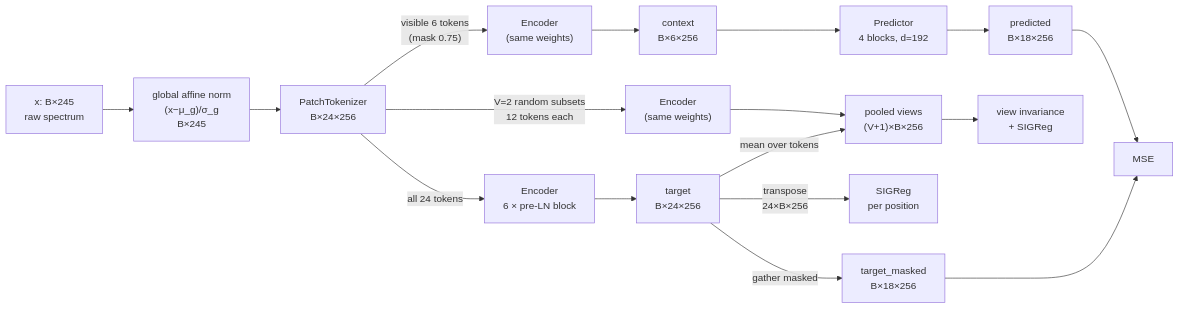
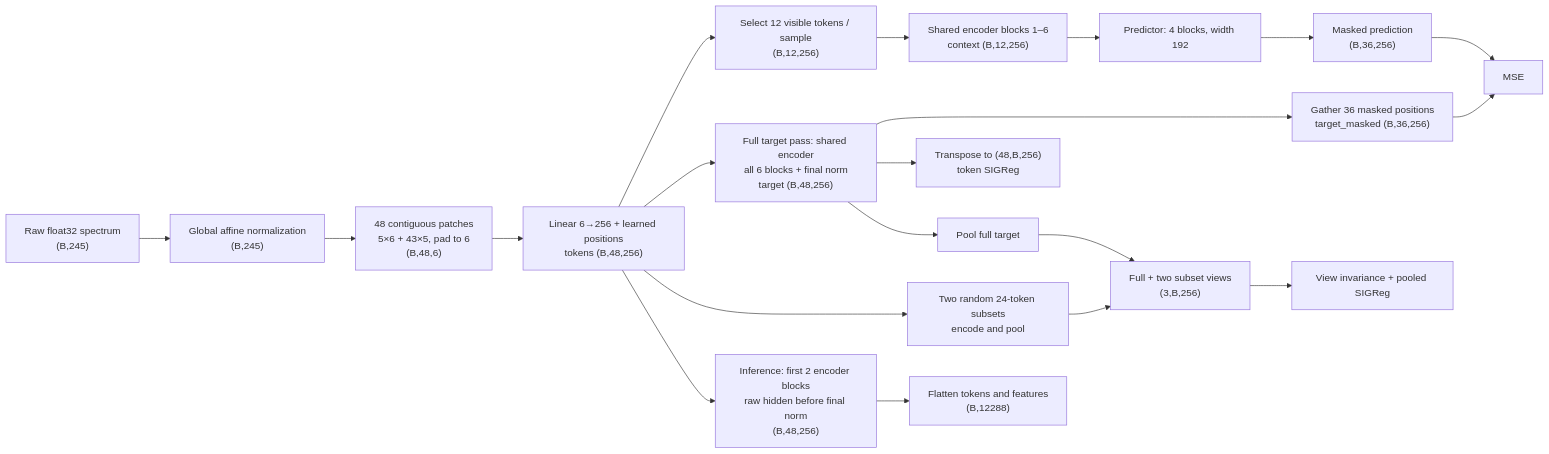
Before and after one commit to h-cohen/SpectralFM-jepa: the diagram in README.md, drawn with Mermaid. The commit also changed other lines of this file and 24 other files, not shown here.

````diff
--- a/README.md
+++ b/README.md
@@ -71,19 +9,22 @@
 ```mermaid
 flowchart LR
-    X["x: B×245<br/>raw spectrum"] --> N["global affine norm<br/>(x−μ_g)/σ_g<br/>B×245"]
-    N --> T["PatchTokenizer<br/>B×24×256"]
-    T -->|"all 24 tokens"| E1["Encoder<br/>6 × pre-LN block"]
-    T -->|"visible 6 tokens<br/>(mask 0.75)"| E2["Encoder<br/>(same weights)"]
-    E1 --> TG["target<br/>B×24×256"]
-    E2 --> C["context<br/>B×6×256"]
-    C --> P["Predictor<br/>4 blocks, d=192"]
-    P --> PR["predicted<br/>B×18×256"]
-    TG -->|"gather masked"| TM["target_masked<br/>B×18×256"]
-    PR --> L1["MSE"]
-    TM --> L1
-    TG -->|"transpose<br/>24×B×256"| L2["SIGReg<br/>per position"]
-    T -->|"V=2 random subsets<br/>12 tokens each"| E3["Encoder<br/>(same weights)"]
-    E3 --> GV["pooled views<br/>(V+1)×B×256"]
-    TG -->|"mean over tokens"| GV
-    GV --> L3["view invariance<br/>+ SIGReg"]
+    X["Raw float32 spectrum<br/>(B,245)"] --> N["Global affine normalization<br/>(B,245)"]
+    N --> P["48 contiguous patches<br/>5×6 + 43×5, pad to 6<br/>(B,48,6)"]
+    P --> E["Linear 6→256 + learned positions<br/>tokens (B,48,256)"]
+    E --> V["Select 12 visible tokens / sample<br/>(B,12,256)"]
+    V --> C["Shared encoder blocks 1–6<br/>context (B,12,256)"]
+    C --> Q["Predictor: 4 blocks, width 192"]
+    Q --> H["Masked prediction<br/>(B,36,256)"]
+    E --> T["Full target pass: shared encoder<br/>all 6 blocks + final norm<br/>target (B,48,256)"]
+    H --> M[MSE]
+    T --> G["Gather 36 masked positions<br/>target_masked (B,36,256)"]
+    G --> M
+    T --> S["Transpose to (48,B,256)<br/>token SIGReg"]
+    E --> W["Two random 24-token subsets<br/>encode and pool"]
+    T --> F["Pool full target"]
+    W --> PV["Full + two subset views<br/>(3,B,256)"]
+    F --> PV
+    PV --> L["View invariance + pooled SIGReg"]
+    E --> I["Inference: first 2 encoder blocks<br/>raw hidden before final norm<br/>(B,48,256)"]
+    I --> O["Flatten tokens and features<br/>(B,12288)"]
 ```
````
